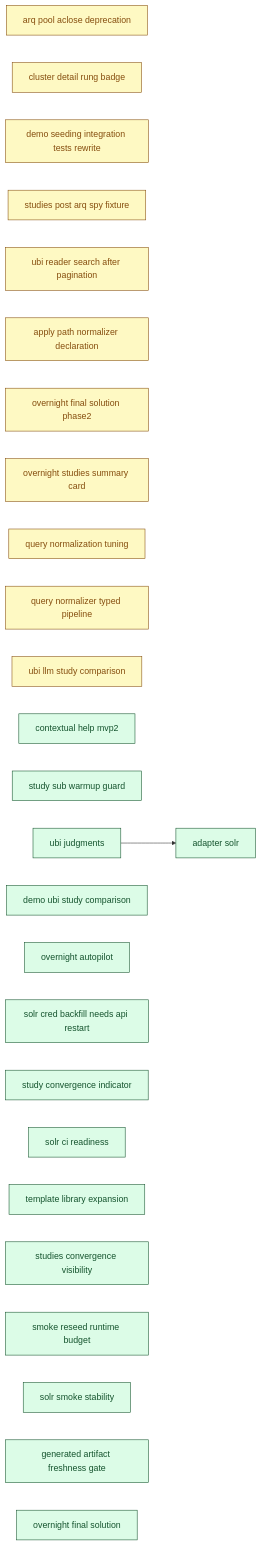
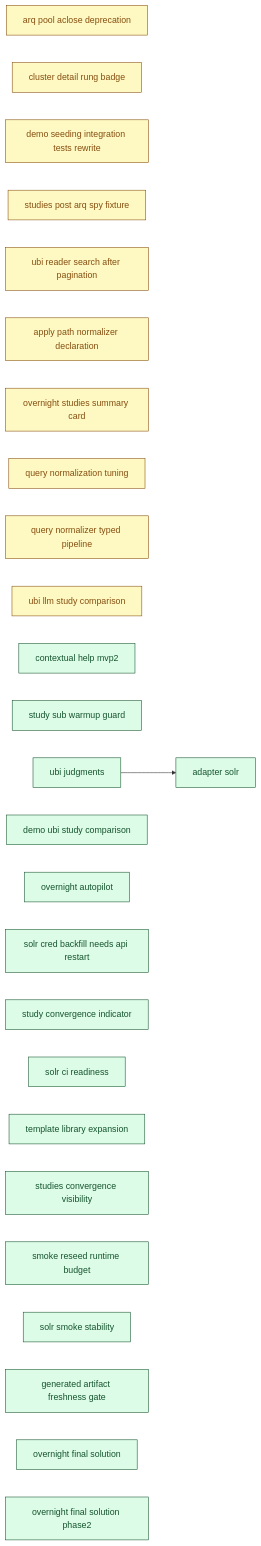
The diagram in docs/00_overview/MVP2_DASHBOARD.md (SoundMindsAI/relyloop), drawn with Mermaid before and after one commit. The commit also changed other lines of this file and 10 other files, not shown here.

First line of the commit message:
docs: finalize feat_overnight_final_solution_phase2 (PR #442 merged) (#443)

````diff
--- a/docs/00_overview/MVP2_DASHBOARD.md
+++ b/docs/00_overview/MVP2_DASHBOARD.md
@@ -113,61 +113,61 @@
 ```mermaid
 graph LR
   classDef done fill:#dcfce7,stroke:#14532d,color:#14532d;
   classDef implement fill:#ffedd5,stroke:#9a3412,color:#9a3412;
   classDef plan fill:#fef9c3,stroke:#854d0e,color:#854d0e;
   classDef spec fill:#dbeafe,stroke:#1e40af,color:#1e40af;
   classDef idea fill:#f1f5f9,stroke:#334155,color:#334155;
   chore_arq_pool_aclose_deprecation["arq pool aclose deprecation"]
   class chore_arq_pool_aclose_deprecation plan;
   chore_cluster_detail_rung_badge["cluster detail rung badge"]
   class chore_cluster_detail_rung_badge plan;
   chore_demo_seeding_integration_tests_rewrite["demo seeding integration tests rewrite"]
   class chore_demo_seeding_integration_tests_rewrite plan;
   chore_studies_post_arq_spy_fixture["studies post arq spy fixture"]
   class chore_studies_post_arq_spy_fixture plan;
   chore_ubi_reader_search_after_pagination["ubi reader search after pagination"]
   class chore_ubi_reader_search_after_pagination plan;
   feat_apply_path_normalizer_declaration["apply path normalizer declaration"]
   class feat_apply_path_normalizer_declaration plan;
-  feat_overnight_final_solution_phase2["overnight final solution phase2"]
-  class feat_overnight_final_solution_phase2 plan;
   feat_overnight_studies_summary_card["overnight studies summary card"]
   class feat_overnight_studies_summary_card plan;
   feat_query_normalization_tuning["query normalization tuning"]
   class feat_query_normalization_tuning plan;
   feat_query_normalizer_typed_pipeline["query normalizer typed pipeline"]
   class feat_query_normalizer_typed_pipeline plan;
   feat_ubi_llm_study_comparison["ubi llm study comparison"]
   class feat_ubi_llm_study_comparison plan;
   feat_contextual_help_mvp2["contextual help mvp2"]
   class feat_contextual_help_mvp2 done;
   feat_study_sub_warmup_guard["study sub warmup guard"]
   class feat_study_sub_warmup_guard done;
   feat_ubi_judgments["ubi judgments"]
   class feat_ubi_judgments done;
   feat_demo_ubi_study_comparison["demo ubi study comparison"]
   class feat_demo_ubi_study_comparison done;
   feat_overnight_autopilot["overnight autopilot"]
   class feat_overnight_autopilot done;
   infra_adapter_solr["adapter solr"]
   class infra_adapter_solr done;
   chore_solr_cred_backfill_needs_api_restart["solr cred backfill needs api restart"]
   class chore_solr_cred_backfill_needs_api_restart done;
   feat_study_convergence_indicator["study convergence indicator"]
   class feat_study_convergence_indicator done;
   infra_solr_ci_readiness["solr ci readiness"]
   class infra_solr_ci_readiness done;
   chore_template_library_expansion["template library expansion"]
   class chore_template_library_expansion done;
   feat_studies_convergence_visibility["studies convergence visibility"]
   class feat_studies_convergence_visibility done;
   infra_smoke_reseed_runtime_budget["smoke reseed runtime budget"]
   class infra_smoke_reseed_runtime_budget done;
   infra_solr_smoke_stability["solr smoke stability"]
   class infra_solr_smoke_stability done;
   infra_generated_artifact_freshness_gate["generated artifact freshness gate"]
   class infra_generated_artifact_freshness_gate done;
   feat_overnight_final_solution["overnight final solution"]
   class feat_overnight_final_solution done;
+  feat_overnight_final_solution_phase2["overnight final solution phase2"]
+  class feat_overnight_final_solution_phase2 done;
   feat_ubi_judgments --> infra_adapter_solr
 ```
````
